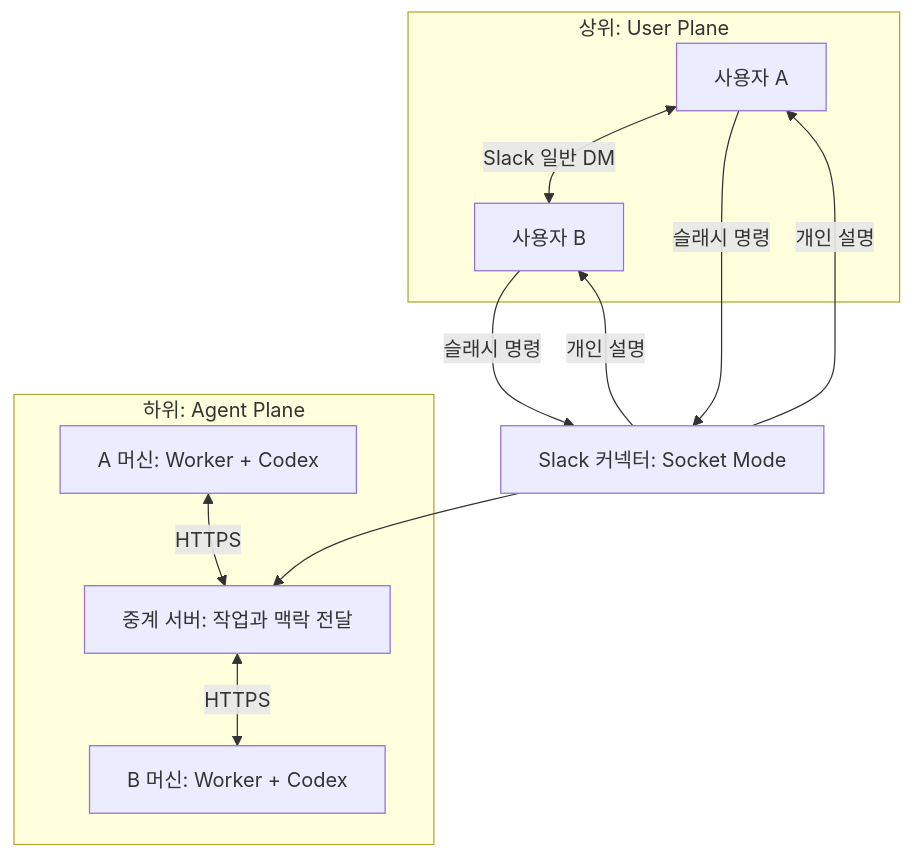
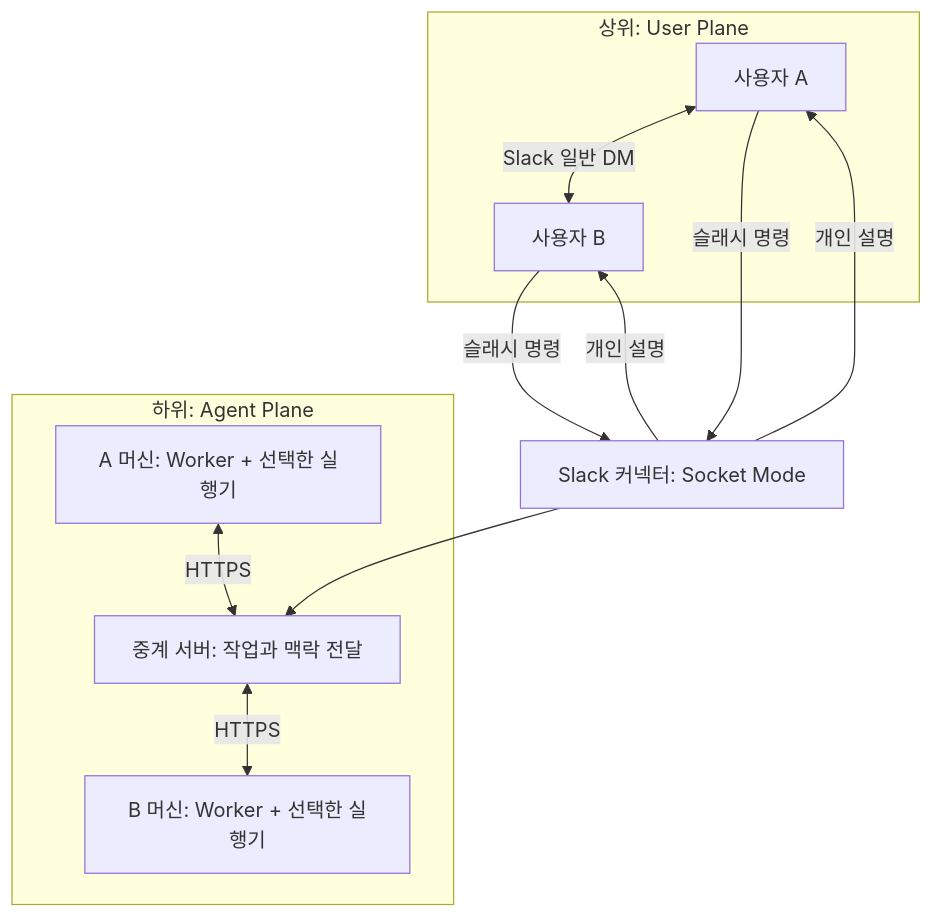
The diagram in README.md (vpfkfl753/ict_aws), drawn with Mermaid before and after one commit. The commit also changed other lines of this file and 12 other files, not shown here.

````diff
--- a/README.md
+++ b/README.md
@@ -18,15 +18,15 @@
 ```mermaid
 flowchart TB
   subgraph user[상위: User Plane]
     A[사용자 A] <-->|Slack 일반 DM| B[사용자 B]
   end
   subgraph agent[하위: Agent Plane]
-    WA[A 머신: Worker + Codex] <-->|HTTPS| R[중계 서버: 작업과 맥락 전달]
-    R <-->|HTTPS| WB[B 머신: Worker + Codex]
+    WA[A 머신: Worker + 선택한 실행기] <-->|HTTPS| R[중계 서버: 작업과 맥락 전달]
+    R <-->|HTTPS| WB[B 머신: Worker + 선택한 실행기]
   end
   S[Slack 커넥터: Socket Mode] --> R
   A -->|슬래시 명령| S
   B -->|슬래시 명령| S
   S -->|개인 설명| A
   S -->|개인 설명| B
 ```
````
